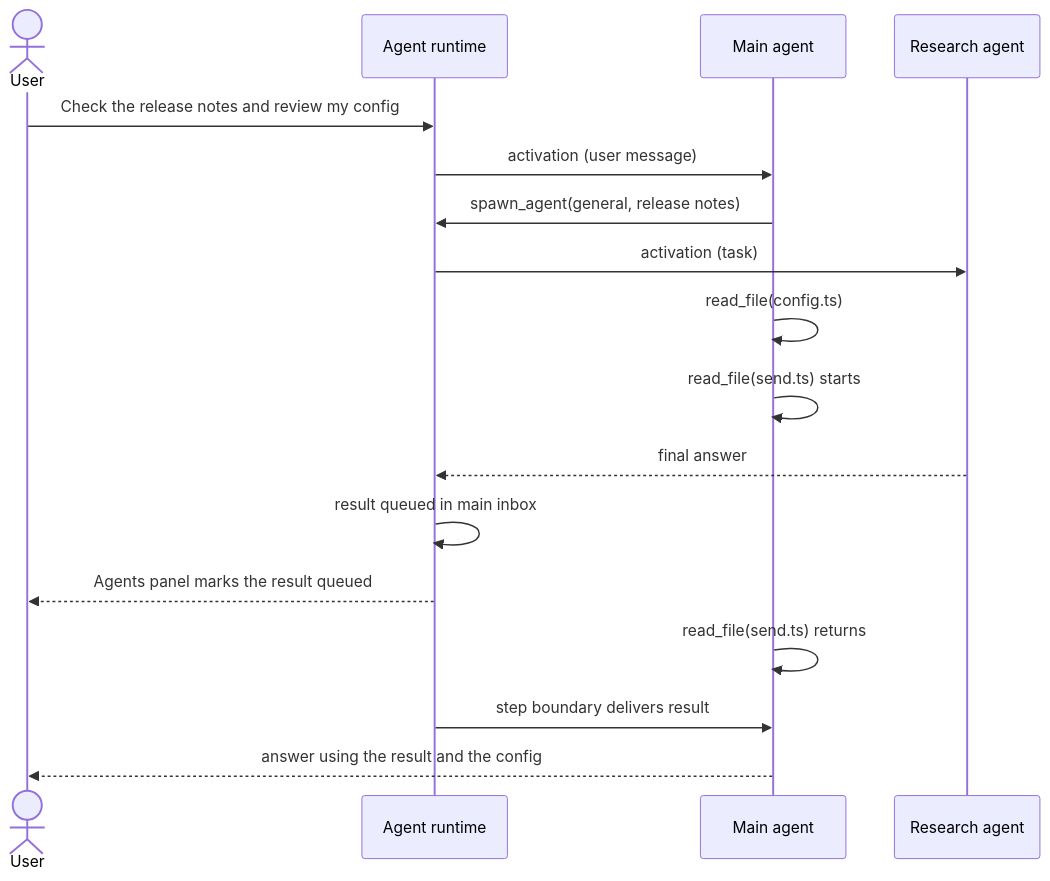
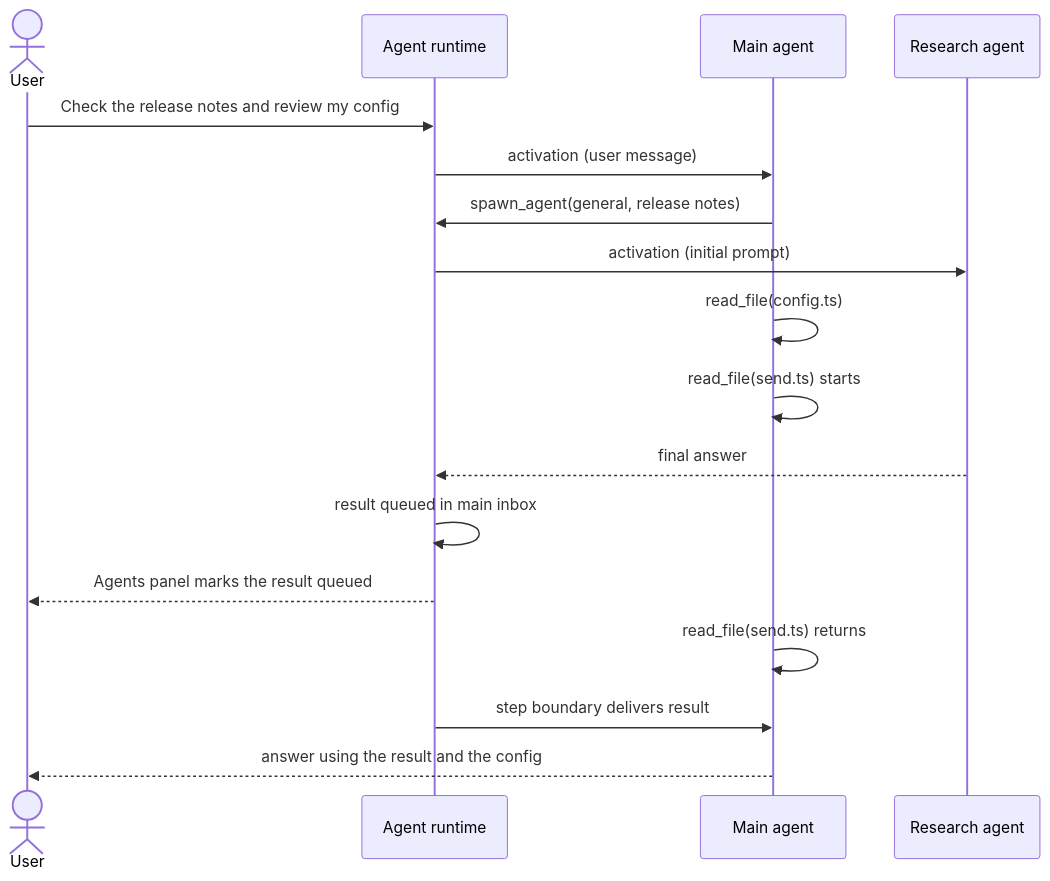
Before and after one commit to NickAwrist/euler: the sixth of 7 diagrams in docs/design/async-agents.md, drawn with Mermaid. The commit also changed other lines of this file and 15 other files, not shown here.

````diff
--- a/docs/design/async-agents.md
+++ b/docs/design/async-agents.md
@@ -356,19 +356,19 @@
 ```mermaid
 sequenceDiagram
   actor User
   participant RT as Agent runtime
   participant Main as Main agent
   participant Sub as Research agent
   User->>RT: Check the release notes and review my config
   RT->>Main: activation (user message)
   Main->>RT: spawn_agent(general, release notes)
-  RT->>Sub: activation (task)
+  RT->>Sub: activation (initial prompt)
   Main->>Main: read_file(config.ts)
   Main->>Main: read_file(send.ts) starts
   Sub-->>RT: final answer
   RT->>RT: result queued in main inbox
   RT-->>User: Agents panel marks the result queued
   Main->>Main: read_file(send.ts) returns
   RT->>Main: step boundary delivers result
   Main-->>User: answer using the result and the config
 ```
````
